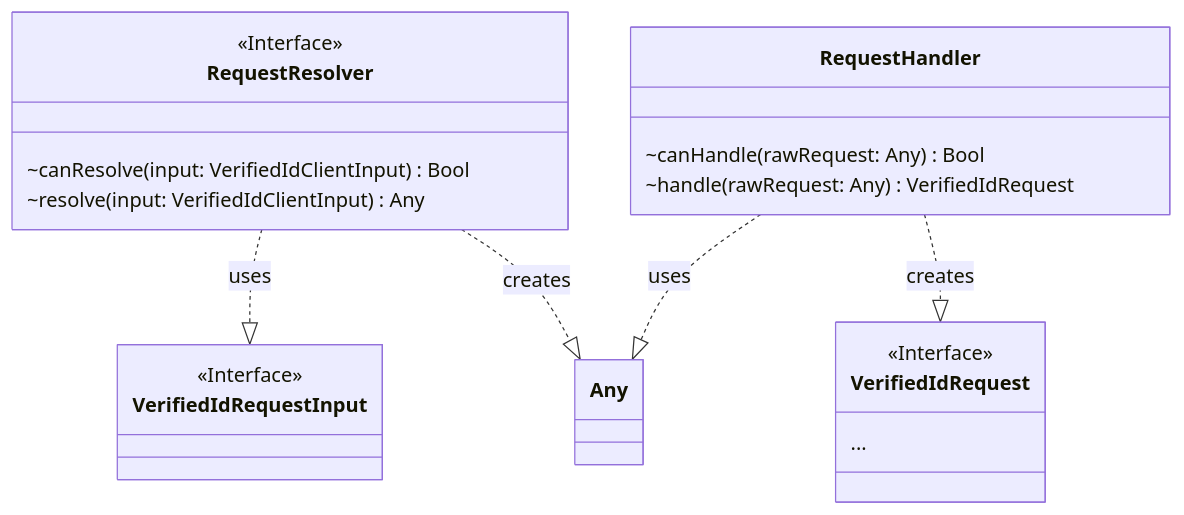
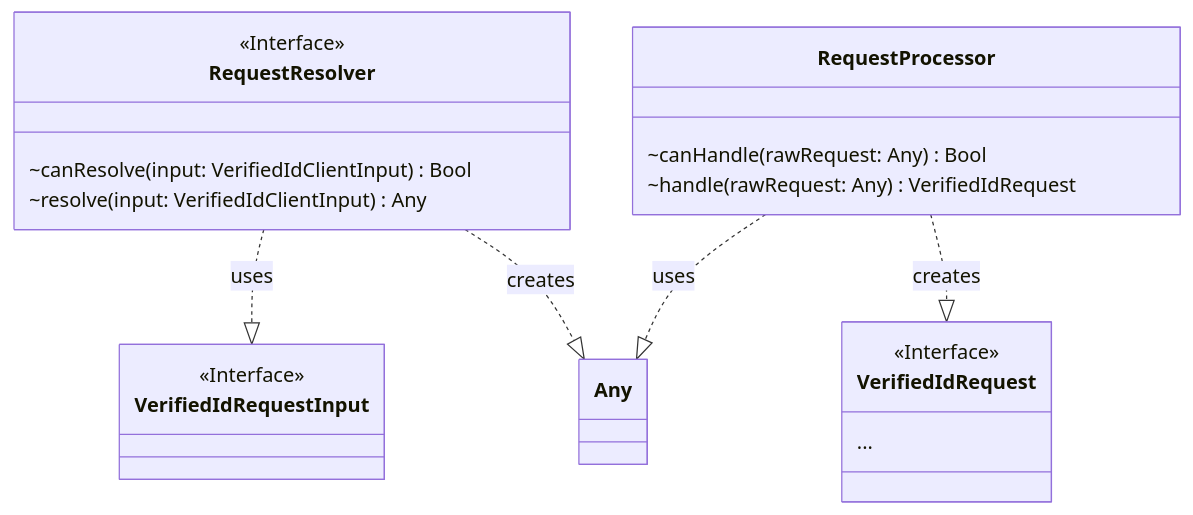
The first of 2 diagrams in Docs/InternalArchitecture.md (microsoft/entra-verifiedid-wallet-library-ios), drawn with Mermaid before and after one commit. The commit also changed other lines of this file, not shown here.

````diff
--- a/Docs/InternalArchitecture.md
+++ b/Docs/InternalArchitecture.md
@@ -5,21 +5,21 @@
 ```mermaid
 classDiagram
 RequestResolver ..|> VerifiedIdRequestInput: uses
 RequestResolver ..|> Any: creates
-RequestHandler ..|> Any: uses
-RequestHandler ..|> VerifiedIdRequest: creates
+RequestProcessor ..|> Any: uses
+RequestProcessor ..|> VerifiedIdRequest: creates
 <<Interface>> RequestResolver
 class RequestResolver {
     ~canResolve(input: VerifiedIdClientInput) Bool
     ~resolve(input: VerifiedIdClientInput) Any
 }
-class RequestHandler{
+class RequestProcessor{
     ~canHandle(rawRequest: Any) Bool
     ~handle(rawRequest: Any) VerifiedIdRequest
 }
 <<Interface>> VerifiedIdRequestInput
 <<Interface>> VerifiedIdRequest
 class VerifiedIdRequest {
     ...
 }
 ```
````
